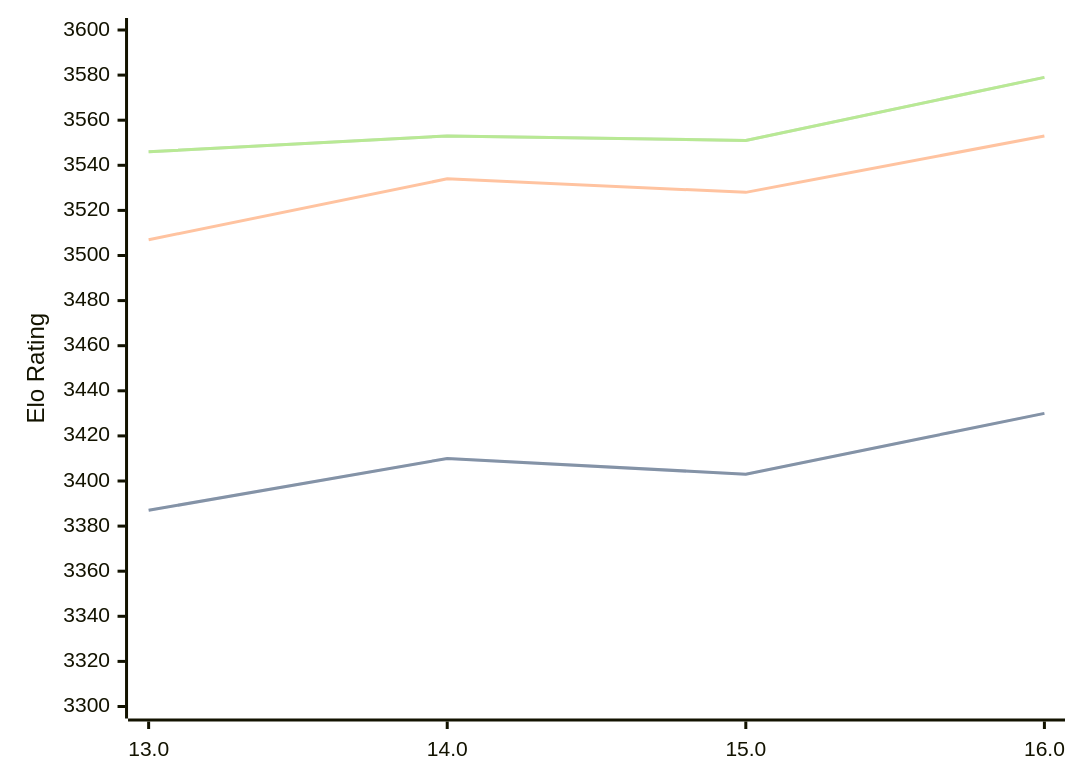
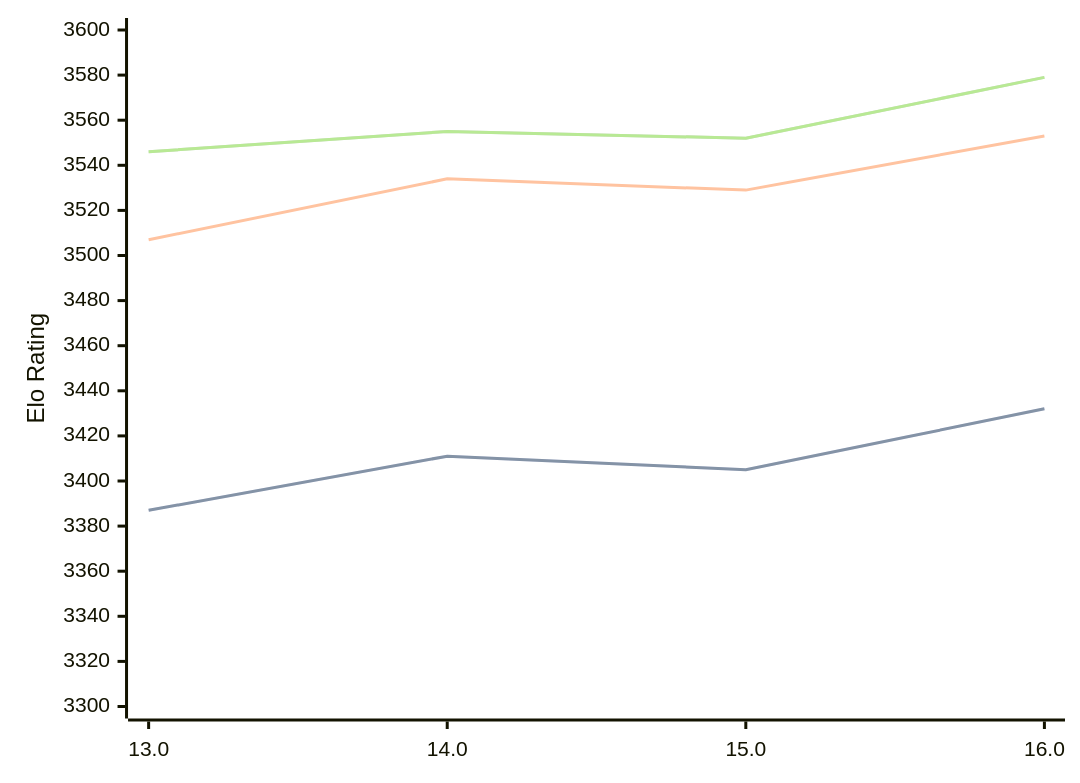
One commit to computer-chess-index/cci changed the diagram in engines/Obsidian.md. Above: the diagram before and after it, drawn with Mermaid. The commit also changed other lines of this file, not shown here.

Commit message:
Update CCI Ratings (ELO VLTC) - 2026-08-20

````diff
--- a/engines/Obsidian.md
+++ b/engines/Obsidian.md
@@ -34,11 +34,11 @@
 ```mermaid
 %%{init: {"theme":"base","themeVariables":{"seriesColors:['#a3a3a3','#222221','#faa371']}}}%%
 xychart-beta
   x-axis ["13.0", "14.0", "15.0", "16.0"]
   y-axis "Elo Rating" 3300 --> 3600
-  line "STC (8.0+0.08s)" [3387, 3410, 3403, 3430]
-  line "STC (8.0+0.08s)" [3387, 3410, 3403, 3430]
-  line "LTC (60.0+0.60s)" [3507, 3534, 3528, 3553]
-  line "VLTC (2m24s+1.12s)" [3546, 3553, 3551, 3579]
-  line "VLTC (2m24s+1.12s)" [3546, 3553, 3551, 3579]
+  line "STC (8.0+0.08s)" [3387, 3411, 3405, 3432]
+  line "STC (8.0+0.08s)" [3387, 3411, 3405, 3432]
+  line "LTC (60.0+0.60s)" [3507, 3534, 3529, 3553]
+  line "VLTC (2m24s+1.12s)" [3546, 3555, 3552, 3579]
+  line "VLTC (2m24s+1.12s)" [3546, 3555, 3552, 3579]
 ```
````
